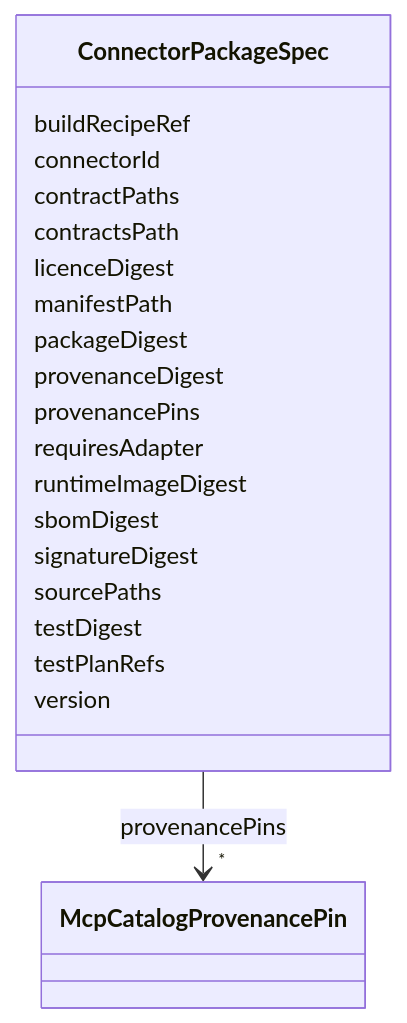
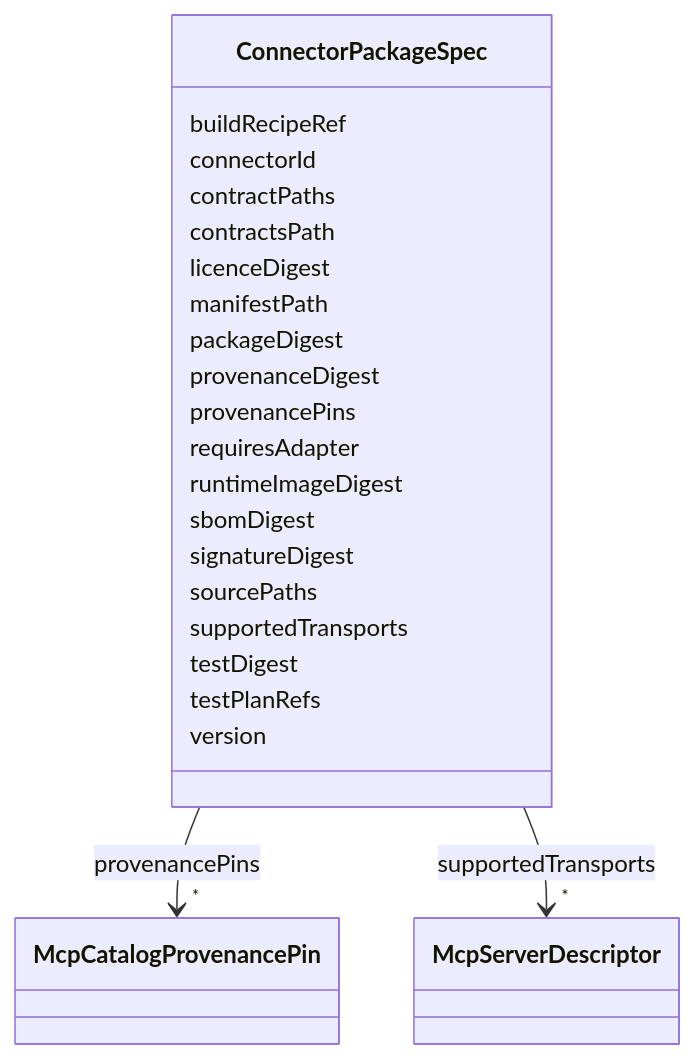
Before and after one commit to open4good/jumo-core: the diagram in metamodel/generated/docs/ConnectorPackageSpec.md, drawn with Mermaid. The commit also changed other lines of this file and 23 other files, not shown here.

````diff
--- a/metamodel/generated/docs/ConnectorPackageSpec.md
+++ b/metamodel/generated/docs/ConnectorPackageSpec.md
@@ -23,49 +23,60 @@
 ```mermaid
  classDiagram
     class ConnectorPackageSpec
     click ConnectorPackageSpec href "../ConnectorPackageSpec/"
       ConnectorPackageSpec : buildRecipeRef
 
       ConnectorPackageSpec : connectorId
 
       ConnectorPackageSpec : contractPaths
 
       ConnectorPackageSpec : contractsPath
 
       ConnectorPackageSpec : licenceDigest
 
       ConnectorPackageSpec : manifestPath
 
       ConnectorPackageSpec : packageDigest
 
       ConnectorPackageSpec : provenanceDigest
 
       ConnectorPackageSpec : provenancePins
 
 
 
 
 
         ConnectorPackageSpec --> "*" McpCatalogProvenancePin : provenancePins
         click McpCatalogProvenancePin href "../McpCatalogProvenancePin/"
 
 
 
       ConnectorPackageSpec : requiresAdapter
 
       ConnectorPackageSpec : runtimeImageDigest
 
       ConnectorPackageSpec : sbomDigest
 
       ConnectorPackageSpec : signatureDigest
 
       ConnectorPackageSpec : sourcePaths
 
+      ConnectorPackageSpec : supportedTransports
+
+
+
+
+
+        ConnectorPackageSpec --> "*" McpServerDescriptor : supportedTransports
+        click McpServerDescriptor href "../McpServerDescriptor/"
+
+
+
       ConnectorPackageSpec : testDigest
 
       ConnectorPackageSpec : testPlanRefs
 
       ConnectorPackageSpec : version
 
 
 ```
````
